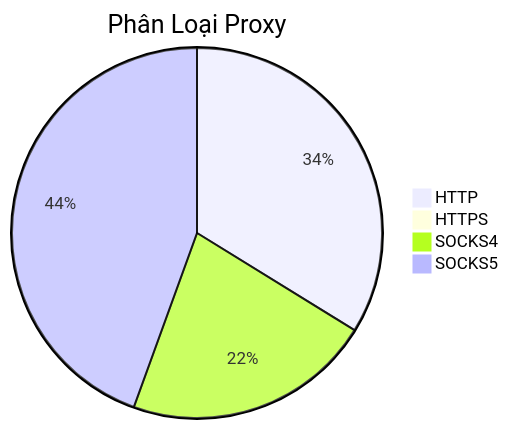
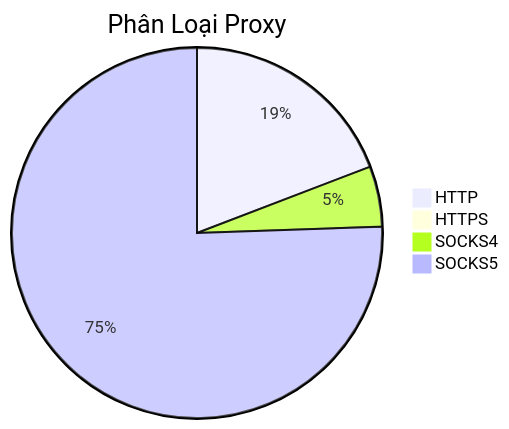
One commit to Ciara-Aa/PROXY-free changed the diagram in README.md. Above: the diagram before and after it, drawn with Mermaid. The commit also changed other lines of this file and 3 other files, not shown here.

````diff
--- a/README.md
+++ b/README.md
@@ -26,7 +26,7 @@
 ```mermaid
 pie title Phân Loại Proxy
-    "HTTP" : 244
+    "HTTP" : 473
     "HTTPS" : 3
-    "SOCKS4" : 157
-    "SOCKS5" : 321
+    "SOCKS4" : 130
+    "SOCKS5" : 1863
 ```
````
